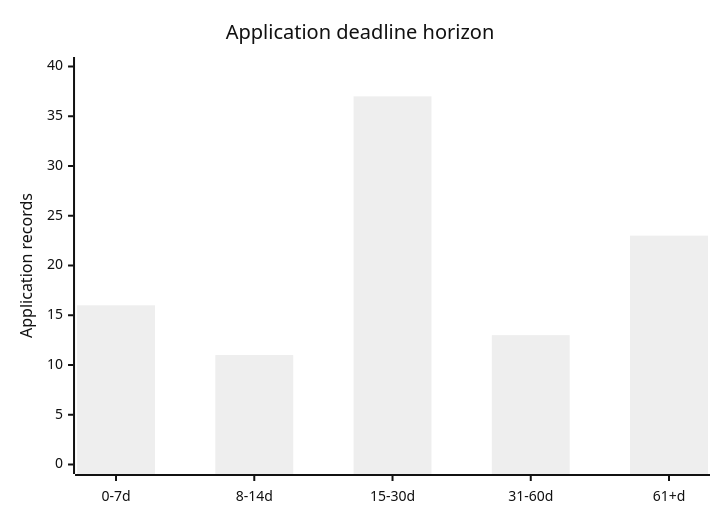
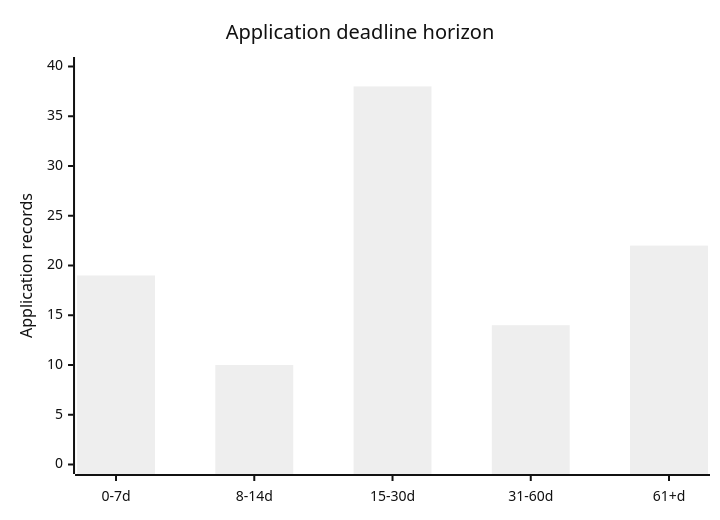
The diagram in docs/diagrams/deadline_xy.mmd (Armanasq/phd_tracker), drawn with Mermaid (neutral theme) before and after one commit. The commit also changed 41 other files, not shown here.

```diff
--- a/docs/diagrams/deadline_xy.mmd
+++ b/docs/diagrams/deadline_xy.mmd
@@ -1,5 +1,5 @@
 xychart-beta
     title "Application deadline horizon"
     x-axis ["0-7d", "8-14d", "15-30d", "31-60d", "61+d"]
     y-axis "Application records" 0 --> 40
-    bar [16, 11, 37, 13, 23]
+    bar [19, 10, 38, 14, 22]
```
